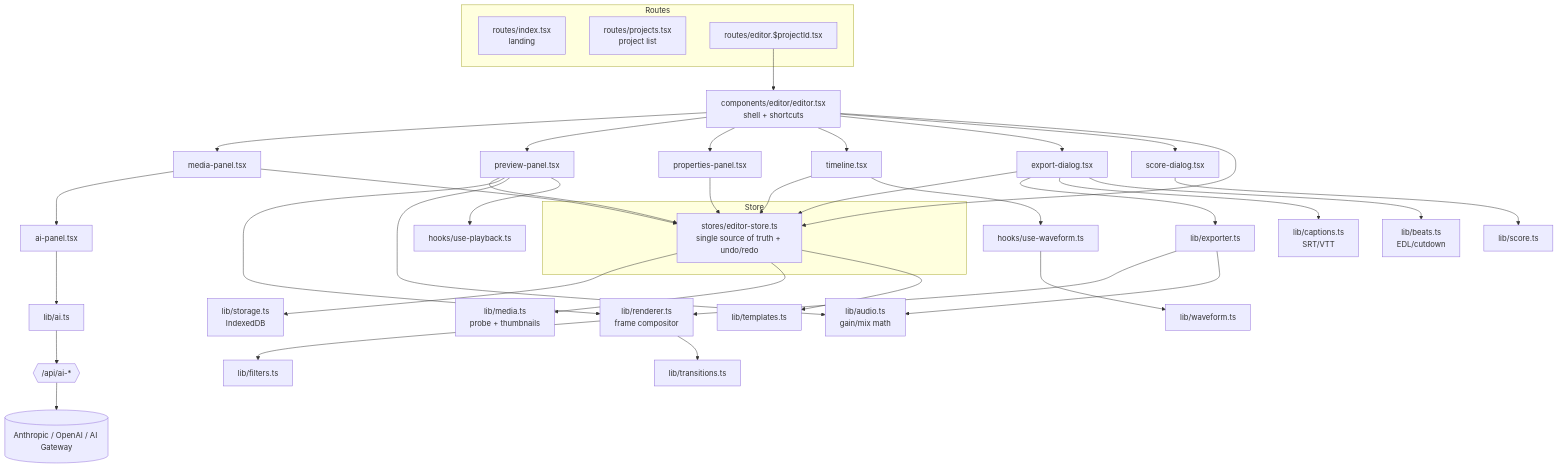
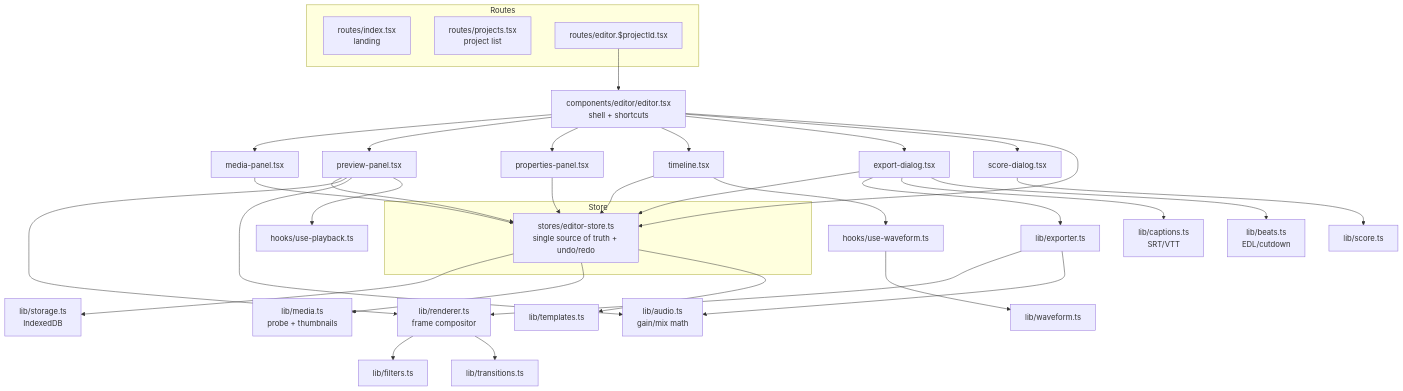
The first of 3 diagrams in ARCHITECTURE.md (irie-tools/irie-cut), drawn with Mermaid before and after one commit. The commit also changed other lines of this file and 34 other files, not shown here.

````diff
--- a/ARCHITECTURE.md
+++ b/ARCHITECTURE.md
@@ -15,48 +15,44 @@
 ```mermaid
 graph TD
   subgraph Routes
     R1[routes/index.tsx<br/>landing]
     R2[routes/projects.tsx<br/>project list]
     R3[routes/editor.$projectId.tsx]
   end
 
   R3 --> ED[components/editor/editor.tsx<br/>shell + shortcuts]
   ED --> MP[media-panel.tsx]
   ED --> PV[preview-panel.tsx]
   ED --> PR[properties-panel.tsx]
   ED --> TL[timeline.tsx]
   ED --> EXP[export-dialog.tsx]
   ED --> SC[score-dialog.tsx]
-  MP --> AIP[ai-panel.tsx]
 
   subgraph Store
     ST[stores/editor-store.ts<br/>single source of truth + undo/redo]
   end
   MP --> ST
   PV --> ST
   PR --> ST
   TL --> ST
   EXP --> ST
   ED --> ST
 
   ST --> STG[lib/storage.ts<br/>IndexedDB]
   ST --> MED[lib/media.ts<br/>probe + thumbnails]
   ST --> TPL[lib/templates.ts]
 
   PV --> RND[lib/renderer.ts<br/>frame compositor]
   PV --> AUD[lib/audio.ts<br/>gain/mix math]
   EXP --> EXR[lib/exporter.ts]
   EXR --> RND
   EXR --> AUD
   RND --> FLT[lib/filters.ts]
   RND --> TRN[lib/transitions.ts]
 
   EXP --> CAP[lib/captions.ts<br/>SRT/VTT]
   EXP --> BTS[lib/beats.ts<br/>EDL/cutdown]
   SC --> SCR[lib/score.ts]
   TL --> WFH[hooks/use-waveform.ts] --> WAV[lib/waveform.ts]
   PV --> PBK[hooks/use-playback.ts]
-
-  AIP --> AIC[lib/ai.ts] --> API{{/api/ai-*}}
-  API --> PROV[(Anthropic / OpenAI / AI Gateway)]
 ```
````
